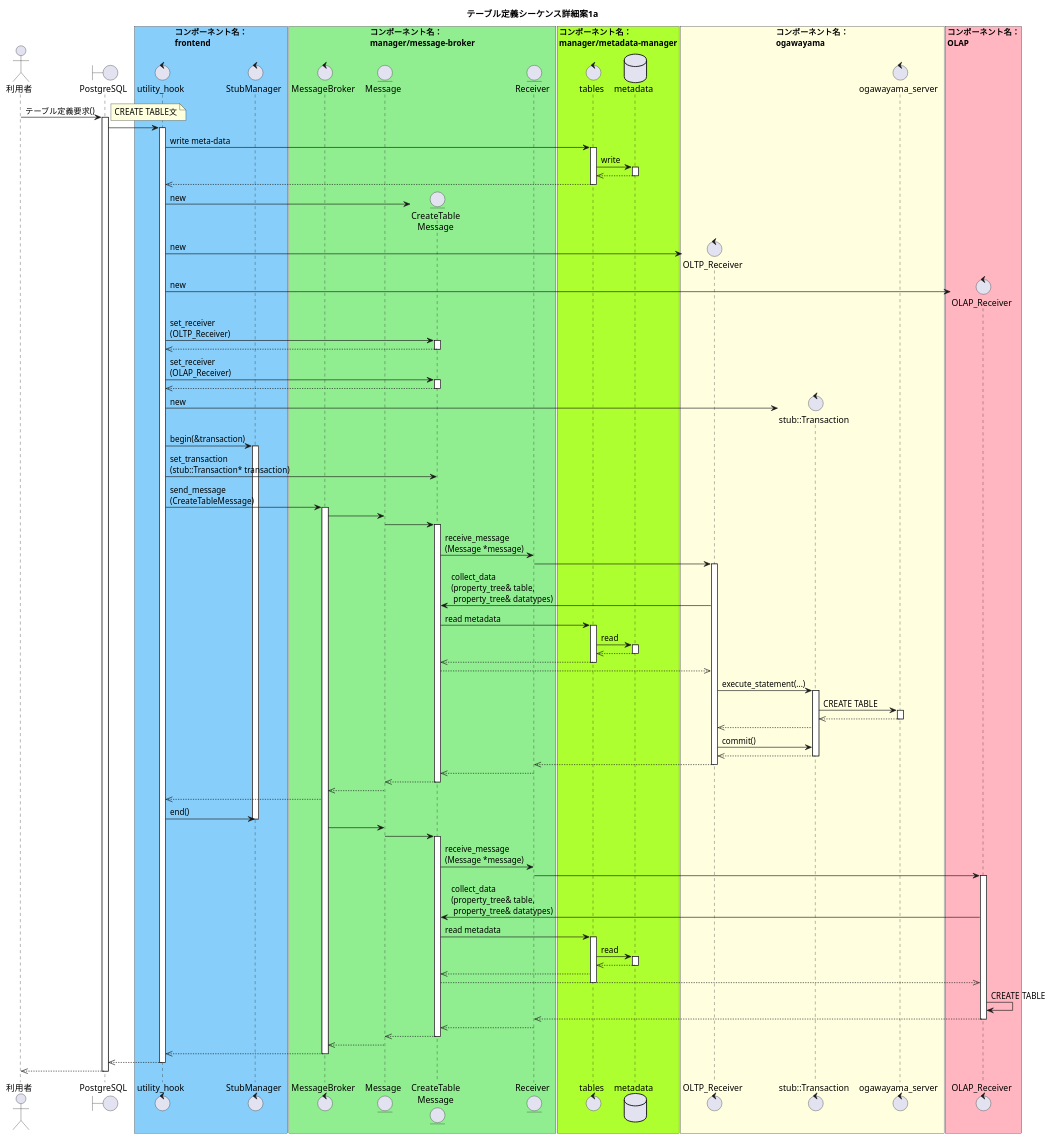
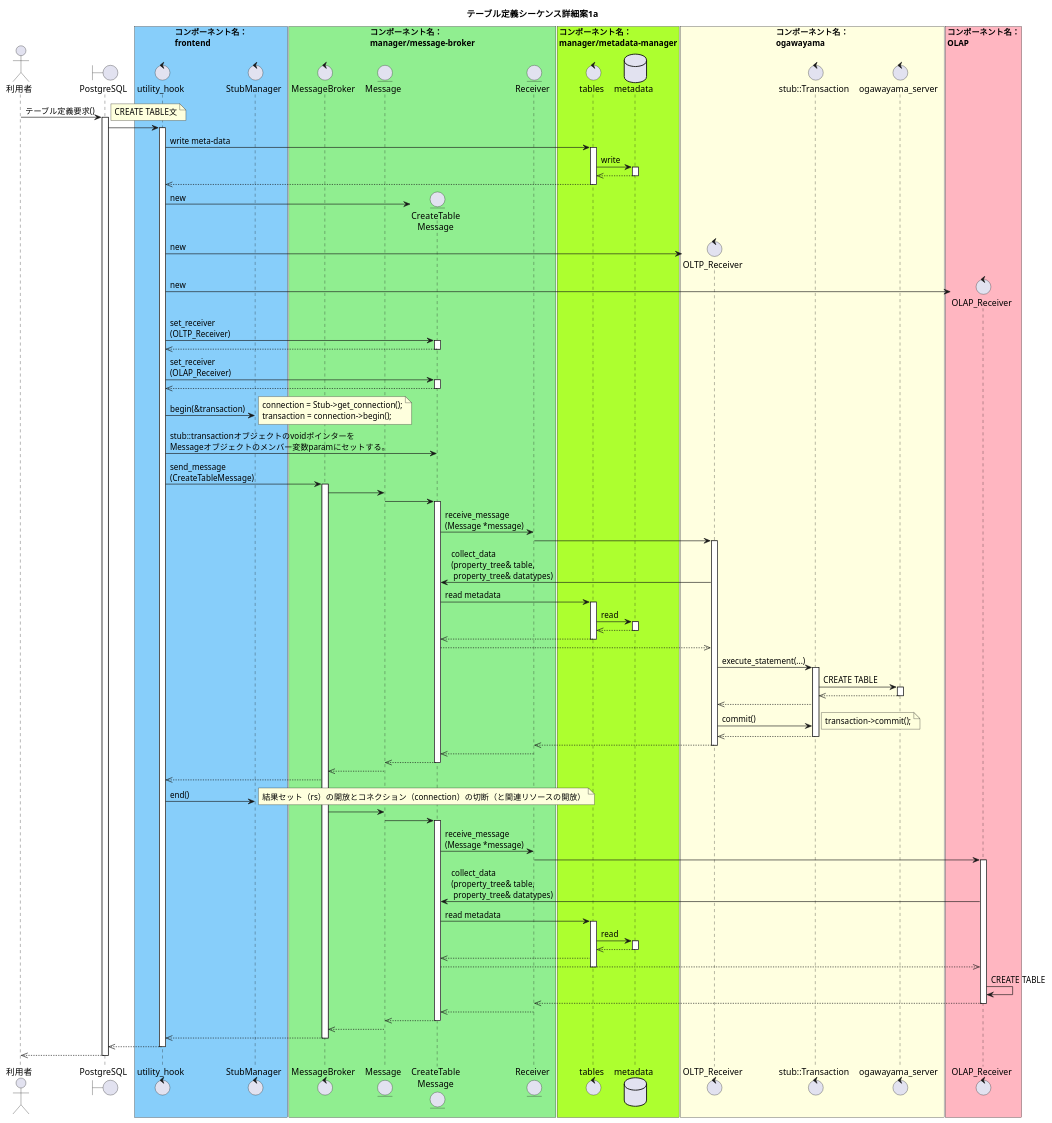
The first of 3 diagrams in docs/design/img/CREATE_TABLE_detail.pu (project-tsurugi/tsurugi_fdw), drawn with PlantUML before and after one commit. The commit also changed other lines of this file and 7 other files, not shown here.

Commit message:
Add discription of sequence diagram and Fix sequence diagram

```diff
--- a/docs/design/img/CREATE_TABLE_detail.pu
+++ b/docs/design/img/CREATE_TABLE_detail.pu
@@ -5,148 +5,154 @@
 @startuml テーブル定義シーケンス詳細案1a
 
 title テーブル定義シーケンス詳細案1a
 
 actor 利用者
 boundary PostgreSQL
 
 box "コンポーネント名：\nfrontend" #LightSkyBlue
 control utility_hook
 control StubManager
 end box
 
 box "コンポーネント名：\nmanager/message-broker" #LightGreen
 control MessageBroker
 entity Message
 entity "CreateTable\nMessage" as concrete_message
 entity Receiver
 end box
 
 box "コンポーネント名：\nmanager/metadata-manager" #GreenYellow
 control tables
 database metadata
 end box
 
 box "コンポーネント名：\nogawayama" #LightYellow
 control "OLTP_Receiver" as oltp_receiver
 control "stub::Transaction" as tran
 control ogawayama_server
 end box
 
 box "コンポーネント名：\nOLAP" #LightPink
 control "OLAP_Receiver" as olap_receiver
 end box
 
 利用者 -> PostgreSQL : テーブル定義要求()
 activate PostgreSQL
 note right
 CREATE TABLE文
 end note
 
 PostgreSQL -> utility_hook
 activate utility_hook
   ' write meta-data
   utility_hook -> tables : write meta-data
   activate tables
     tables -> metadata : write
     activate metadata
     tables <<-- metadata
     deactivate metadata
     utility_hook <<-- tables
   deactivate tables
 
   ' create objects
   create concrete_message
   utility_hook -> concrete_message : new
   create oltp_receiver
   utility_hook -> oltp_receiver : new
   create olap_receiver
   utility_hook -> olap_receiver : new
 
   ' set receiver
   utility_hook -> concrete_message : set_receiver\n(OLTP_Receiver)
   activate concrete_message
     utility_hook <<-- concrete_message
   deactivate concrete_message
   utility_hook -> concrete_message : set_receiver\n(OLAP_Receiver)
   activate concrete_message
     utility_hook <<-- concrete_message
   deactivate concrete_message
 
   ' begin transaction
-  create tran
-  utility_hook -> tran : new
   utility_hook -> StubManager : begin(&transaction)
-  activate StubManager
-  utility_hook -> concrete_message : set_transaction\n(stub::Transaction* transaction)
+  note right
+  connection = Stub->get_connection();
+  transaction = connection->begin();
+  end note
+  utility_hook -> concrete_message : stub::transactionオブジェクトのvoidポインターを\nMessageオブジェクトのメンバー変数paramにセットする。
 
   ' send message to MessageBroker
   utility_hook -> MessageBroker : send_message\n(CreateTableMessage)
   activate MessageBroker
 
   ' execute command
   MessageBroker -> Message
   Message -> concrete_message
   activate concrete_message
     concrete_message -> Receiver : receive_message\n(Message *message)
     Receiver -> oltp_receiver
     activate oltp_receiver
       oltp_receiver -> concrete_message : collect_data\n(property_tree& table,\n property_tree& datatypes)
       concrete_message -> tables : read metadata
       activate tables
         tables -> metadata : read
         activate metadata
         tables <<-- metadata
         deactivate metadata
         concrete_message <<-- tables
       deactivate tables
       oltp_receiver <<-- concrete_message
       oltp_receiver -> tran : execute_statement(...)
       activate tran
         tran -> ogawayama_server : CREATE TABLE
           activate ogawayama_server
             tran <<-- ogawayama_server
           deactivate ogawayama_server
         oltp_receiver <<-- tran
         oltp_receiver -> tran : commit()
+        note right
+        transaction->commit();
+        end note
         oltp_receiver <<-- tran
       deactivate tran
     Receiver <<-- oltp_receiver
     deactivate oltp_receiver
     concrete_message <<-- Receiver
   Message <<-- concrete_message
   deactivate concrete_message
   MessageBroker <<-- Message
   utility_hook <<-- MessageBroker
   utility_hook -> StubManager : end()
-  deactivate StubManager
+  note right
+  結果セット（rs）の開放とコネクション（connection）の切断（と関連リソースの開放）
+  end note
   MessageBroker -> Message
   Message -> concrete_message
   activate concrete_message
     concrete_message -> Receiver : receive_message\n(Message *message)
     Receiver -> olap_receiver
     activate olap_receiver
       olap_receiver -> concrete_message : collect_data\n(property_tree& table,\n property_tree& datatypes)
       concrete_message -> tables : read metadata
       activate tables
         tables -> metadata : read
         activate metadata
         tables <<-- metadata
         deactivate metadata
         concrete_message <<-- tables
         olap_receiver <<-- concrete_message
       deactivate tables
       olap_receiver -> olap_receiver : CREATE TABLE
       Receiver <<-- olap_receiver
       deactivate olap_receiver
       concrete_message <<-- Receiver
   Message <<-- concrete_message
   deactivate concrete_message
   MessageBroker <<-- Message
   utility_hook <<-- MessageBroker
   deactivate MessageBroker
 PostgreSQL <<-- utility_hook
 deactivate utility_hook
 利用者 <<-- PostgreSQL
 deactivate PostgreSQL
 
 @enduml
```
